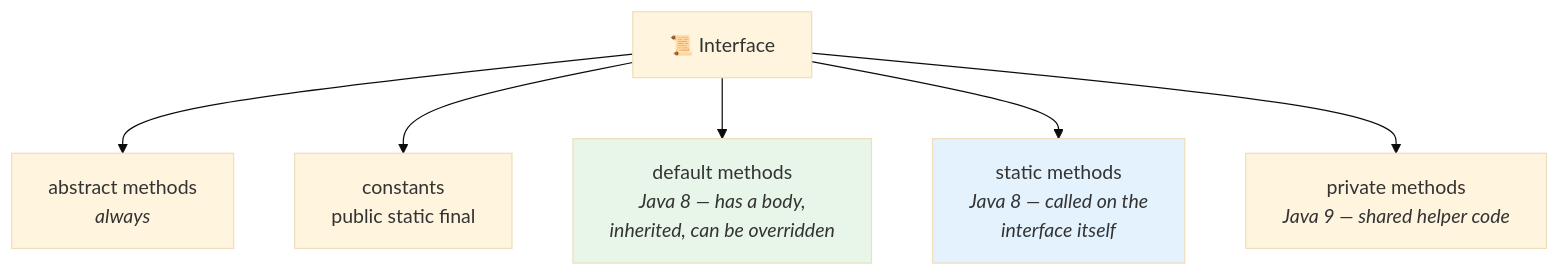
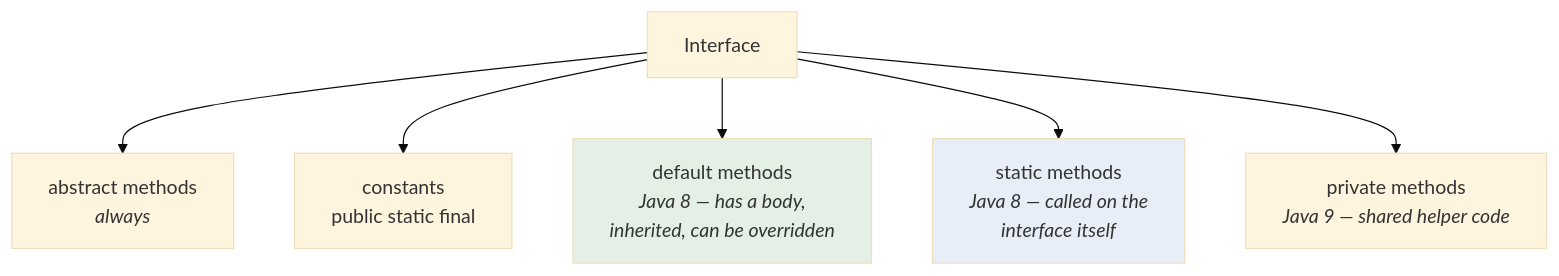
The diagram in src/Theory/12-Java-8-Features/02-Interface-Changes.md (kundankumarsharma56/Leaning-Java), drawn with Mermaid (base theme) before and after one commit. The commit also changed other lines of this file and 84 other files, not shown here.

````diff
--- a/src/Theory/12-Java-8-Features/02-Interface-Changes.md
+++ b/src/Theory/12-Java-8-Features/02-Interface-Changes.md
@@ -21,10 +21,10 @@
 ```mermaid
 flowchart TD
-    I["📜 Interface"] --> A["abstract methods<br/><i>always</i>"]
+    I["Interface"] --> A["abstract methods<br/><i>always</i>"]
     I --> C["constants<br/>public static final"]
     I --> D["default methods<br/><i>Java 8 — has a body,<br/>inherited, can be overridden</i>"]
     I --> S["static methods<br/><i>Java 8 — called on the<br/>interface itself</i>"]
     I --> P["private methods<br/><i>Java 9 — shared helper code</i>"]
-    style D fill:#e8f5e9
-    style S fill:#e3f2fd
+    style D fill:#e4efe6
+    style S fill:#e7eef7
 ```
````
